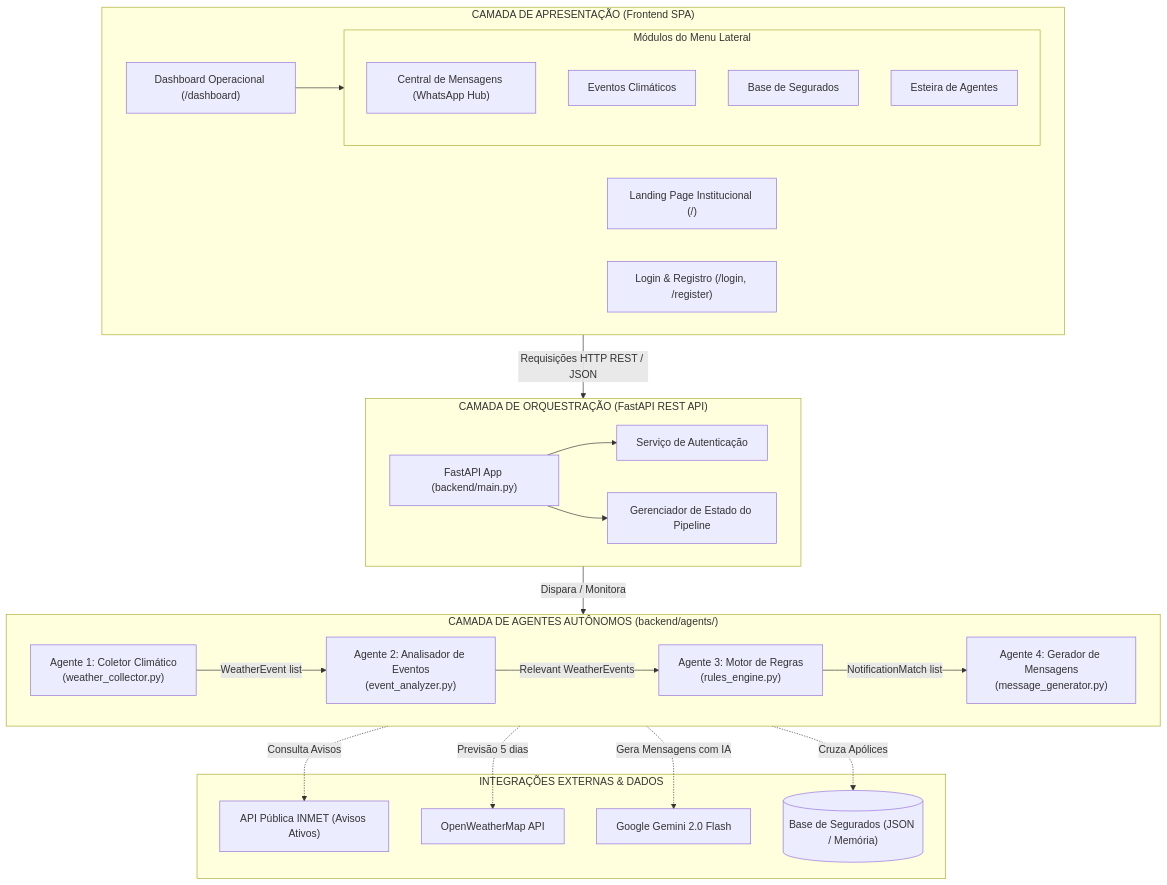
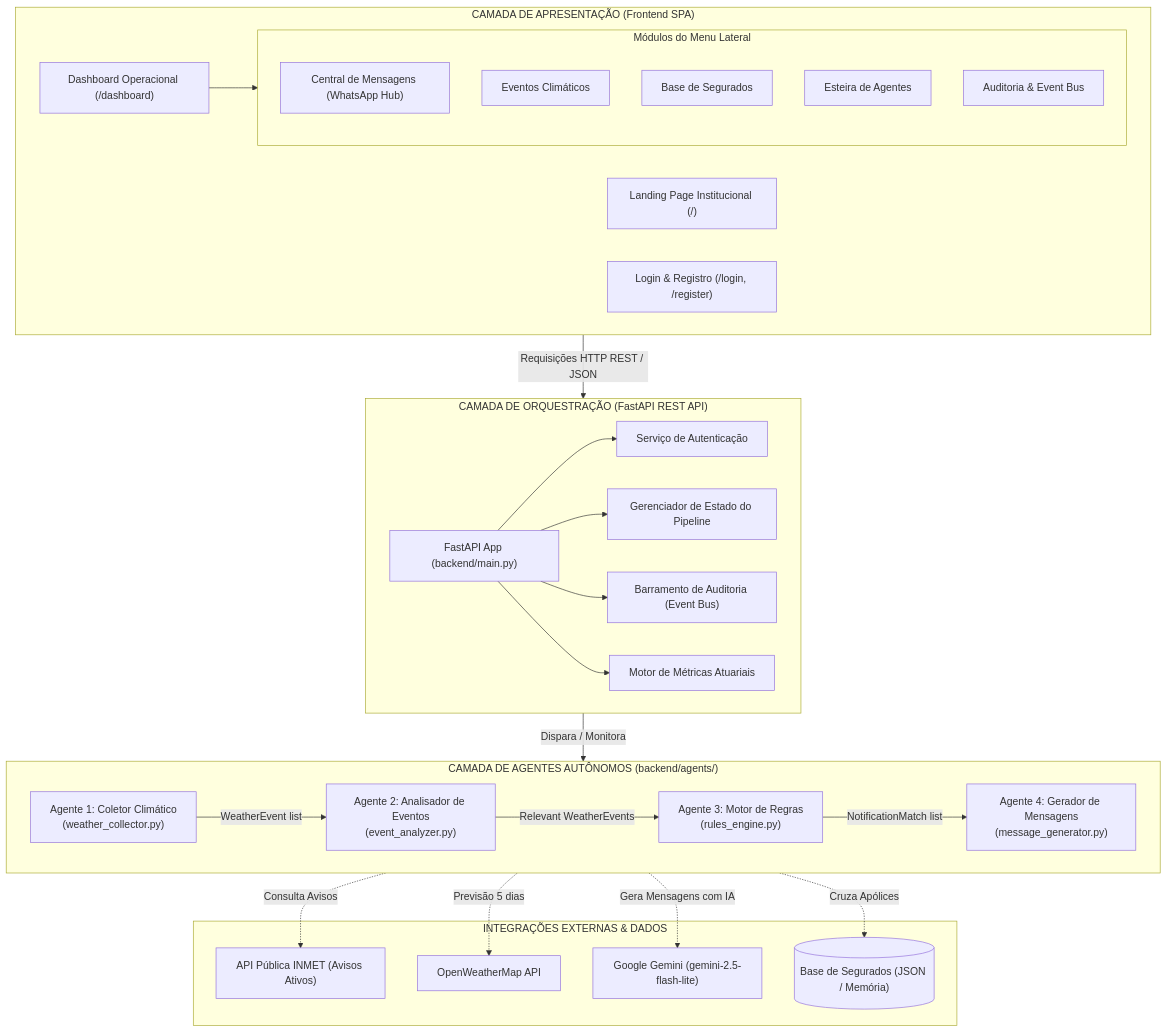
Before and after one commit to jpscard/InsurMinds: the first of 2 diagrams in Desafio_5/readme.md, drawn with Mermaid. The commit also changed other lines of this file and 7 other files, not shown here.

Commit message:
feat(enterprise): add policyholder CRUD, actuarial metrics, audit event bus, and interactive whatsapp replies

````diff
--- a/Desafio_5/readme.md
+++ b/Desafio_5/readme.md
@@ -43,50 +43,55 @@
 ```mermaid
 graph TD
     subgraph Apresentacao["CAMADA DE APRESENTAÇÃO (Frontend SPA)"]
         LP["Landing Page Institucional (/)"]
         Auth["Login & Registro (/login, /register)"]
         Dash["Dashboard Operacional (/dashboard)"]
         subgraph ModulosDash["Módulos do Menu Lateral"]
             M1["Central de Mensagens (WhatsApp Hub)"]
             M2["Eventos Climáticos"]
             M3["Base de Segurados"]
             M4["Esteira de Agentes"]
+            M5["Auditoria & Event Bus"]
         end
         Dash --> ModulosDash
     end
 
     subgraph Orquestracao["CAMADA DE ORQUESTRAÇÃO (FastAPI REST API)"]
         API["FastAPI App (backend/main.py)"]
         AuthSvc["Serviço de Autenticação"]
         PipeState["Gerenciador de Estado do Pipeline"]
+        EventBus["Barramento de Auditoria (Event Bus)"]
+        Actuarial["Motor de Métricas Atuariais"]
         API --> AuthSvc
         API --> PipeState
+        API --> EventBus
+        API --> Actuarial
     end
 
     subgraph Agentes["CAMADA DE AGENTES AUTÔNOMOS (backend/agents/)"]
         direction LR
         A1["Agente 1: Coletor Climático<br/>(weather_collector.py)"]
         A2["Agente 2: Analisador de Eventos<br/>(event_analyzer.py)"]
         A3["Agente 3: Motor de Regras<br/>(rules_engine.py)"]
         A4["Agente 4: Gerador de Mensagens<br/>(message_generator.py)"]
         
         A1 -->|WeatherEvent list| A2
         A2 -->|Relevant WeatherEvents| A3
         A3 -->|NotificationMatch list| A4
     end
 
     subgraph IntegracoesExternas["INTEGRAÇÕES EXTERNAS & DADOS"]
         INMET["API Pública INMET (Avisos Ativos)"]
         OWM["OpenWeatherMap API"]
-        GEMINI["Google Gemini 2.0 Flash"]
+        GEMINI["Google Gemini (gemini-2.5-flash-lite)"]
         DB[("Base de Segurados (JSON / Memória)")]
     end
 
     Apresentacao -->|Requisições HTTP REST / JSON| Orquestracao
     Orquestracao -->|Dispara / Monitora| Agentes
 
     A1 -.->|Consulta Avisos| INMET
     A1 -.->|Previsão 5 dias| OWM
     A3 -.->|Cruza Apólices| DB
     A4 -.->|Gera Mensagens com IA| GEMINI
 ```
````
